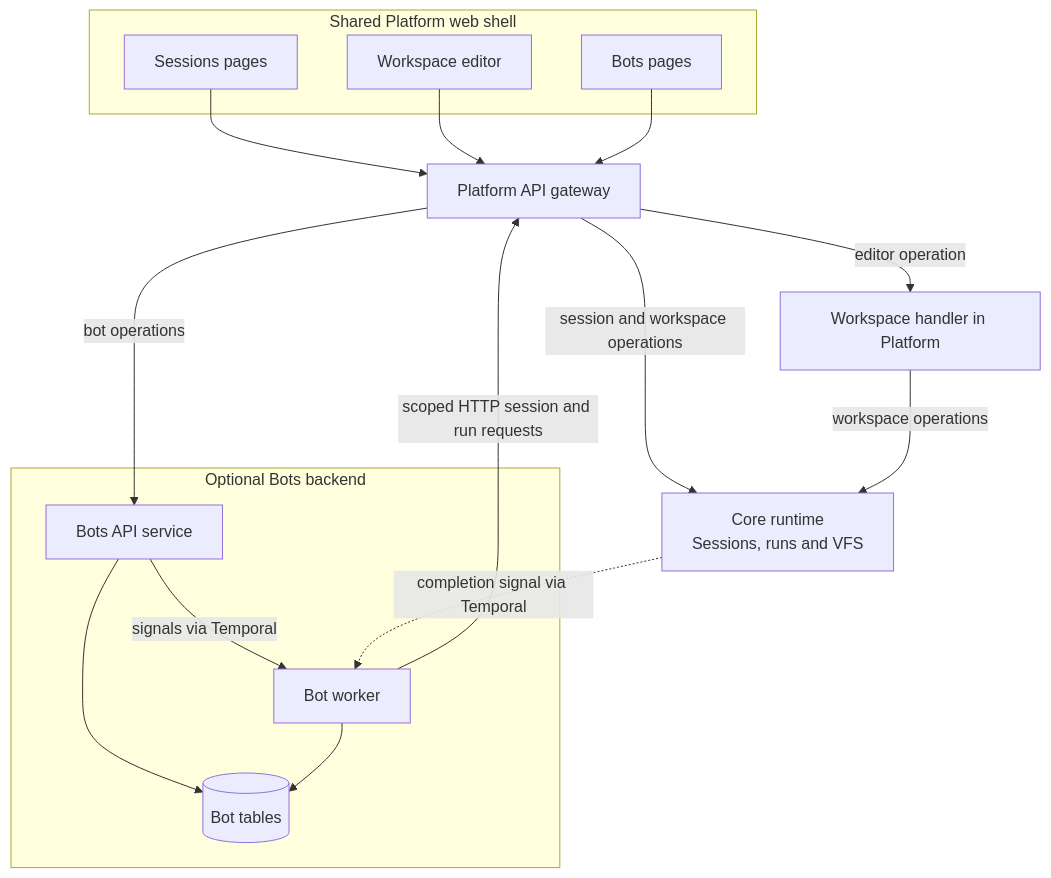
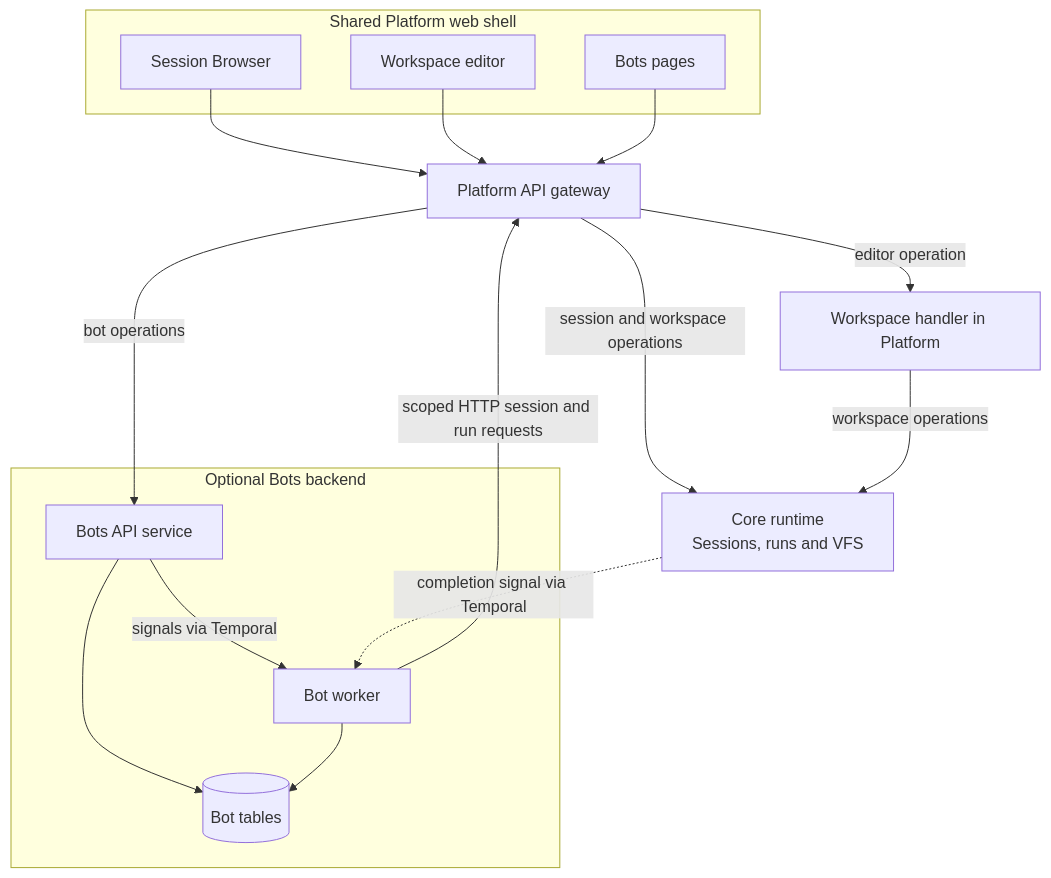
The fourth of 6 diagrams in docs/roadmap/later/pNNN-platform-modules.md (smartcomputer-ai/lightspeed), drawn with Mermaid before and after one commit. The commit also changed other lines of this file and 23 other files, not shown here.

Commit message:
Separate module API surfaces and make Session Browser optionality explicit

````diff
--- a/docs/roadmap/later/pNNN-platform-modules.md
+++ b/docs/roadmap/later/pNNN-platform-modules.md
@@ -116,22 +121,22 @@
 ```mermaid
 flowchart TB
     subgraph shell["Shared Platform web shell"]
-        sessions["Sessions pages"]
+        sessions["Session Browser"]
         workspaces["Workspace editor"]
         botsUI["Bots pages"]
     end
     sessions --> gate["Platform API gateway"]
     workspaces --> gate
     botsUI --> gate
     gate -->|session and workspace operations| runtime["Core runtime<br/>Sessions, runs and VFS"]
     gate -->|editor operation| editor["Workspace handler in Platform"]
     editor -->|workspace operations| runtime
     gate -->|bot operations| bots["Bots API service"]
     subgraph module["Optional Bots backend"]
         bots --> tables[("Bot tables")]
         bots -->|signals via Temporal| worker["Bot worker"]
         worker --> tables
     end
     worker -->|scoped HTTP session and run requests| gate
     runtime -.->|completion signal via Temporal| worker
 ```
````
